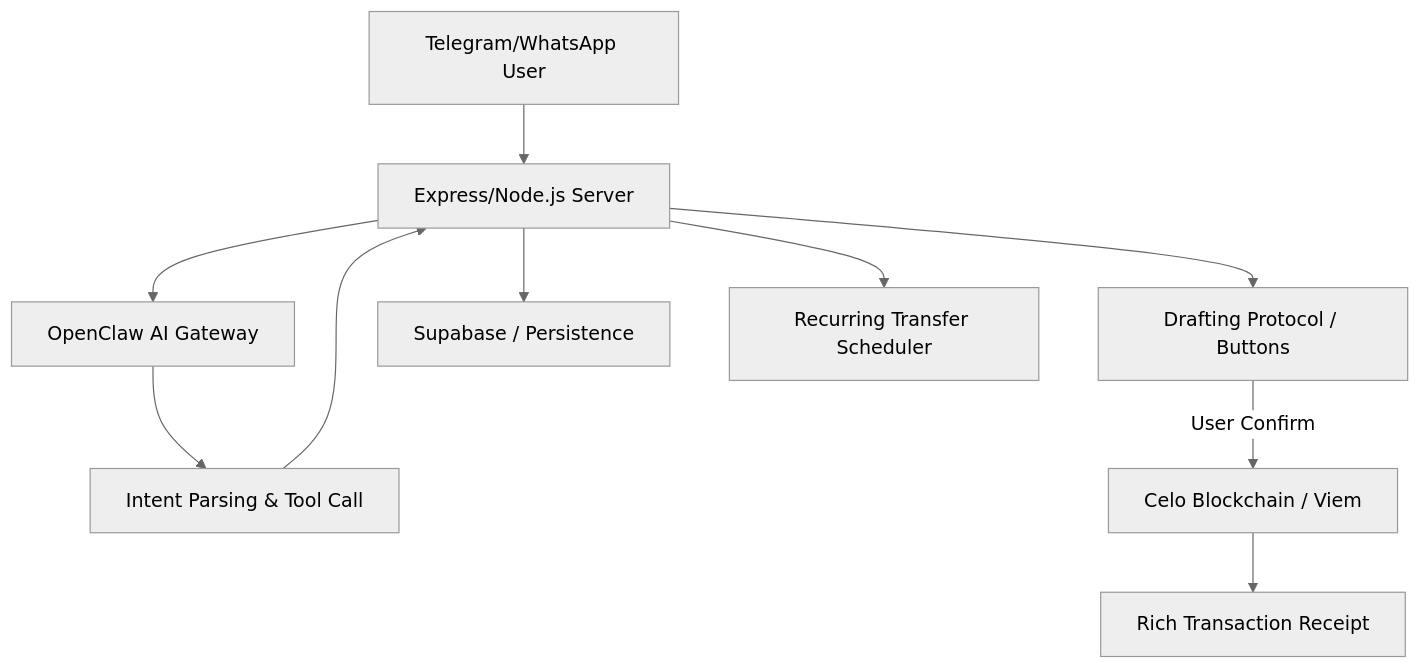
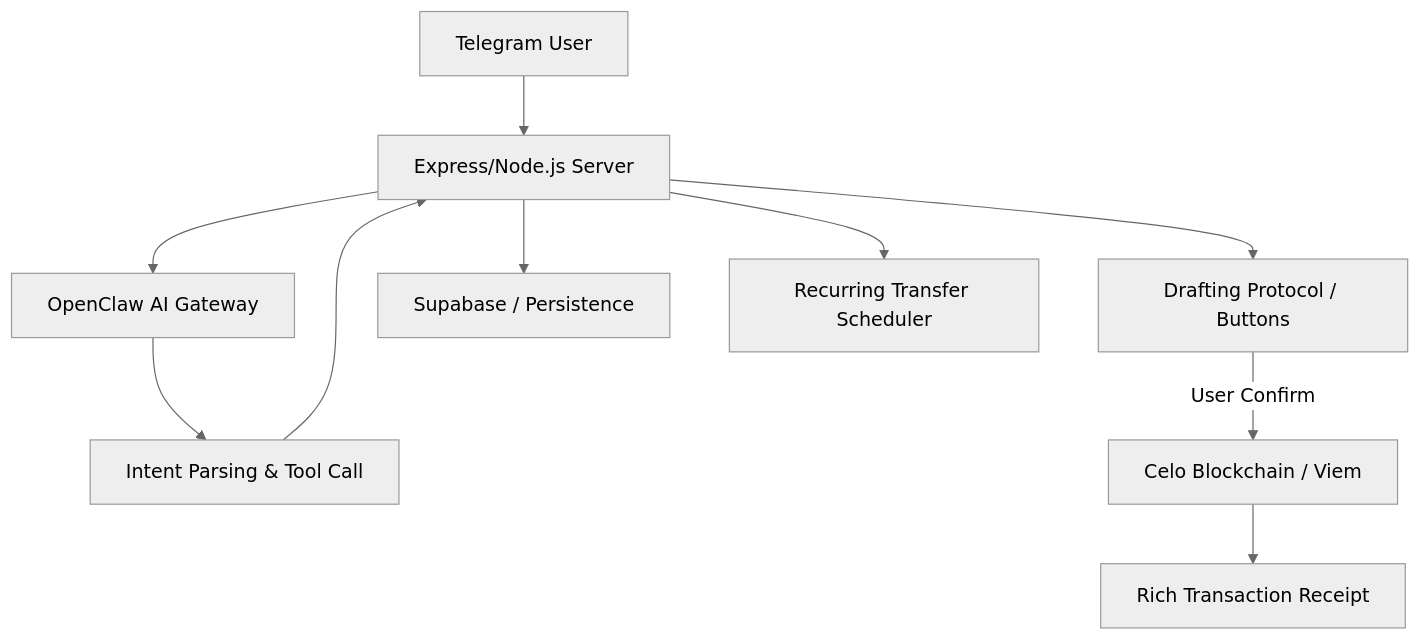
The diagram in README.md (Kanasjnr/fx-remitBot), drawn with Mermaid (neutral theme) before and after one commit.

````diff
--- a/README.md
+++ b/README.md
@@ -15,12 +15,12 @@
 ```mermaid
 graph TD
-    User[Telegram/WhatsApp User] --> Bot[Express/Node.js Server]
+    User[Telegram User] --> Bot[Express/Node.js Server]
     Bot --> OpenClaw[OpenClaw AI Gateway]
     OpenClaw --> Intent[Intent Parsing & Tool Call]
     Intent --> Bot
     Bot --> Drafting[Drafting Protocol / Buttons]
     Drafting -- User Confirm --> Blockchain[Celo Blockchain / Viem]
     Blockchain --> Success[Rich Transaction Receipt]
     Bot --> DB[Supabase / Persistence]
     Bot --> Cron[Recurring Transfer Scheduler]
 ```
````
